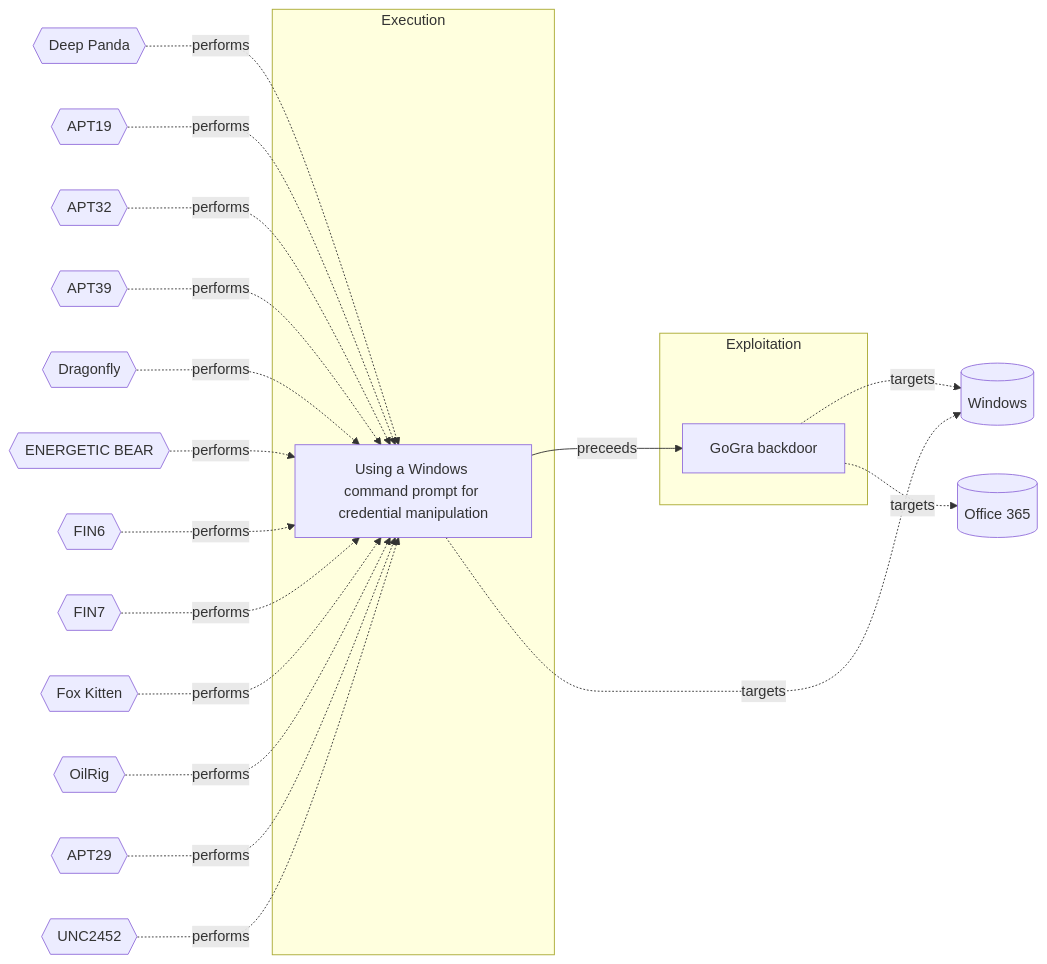
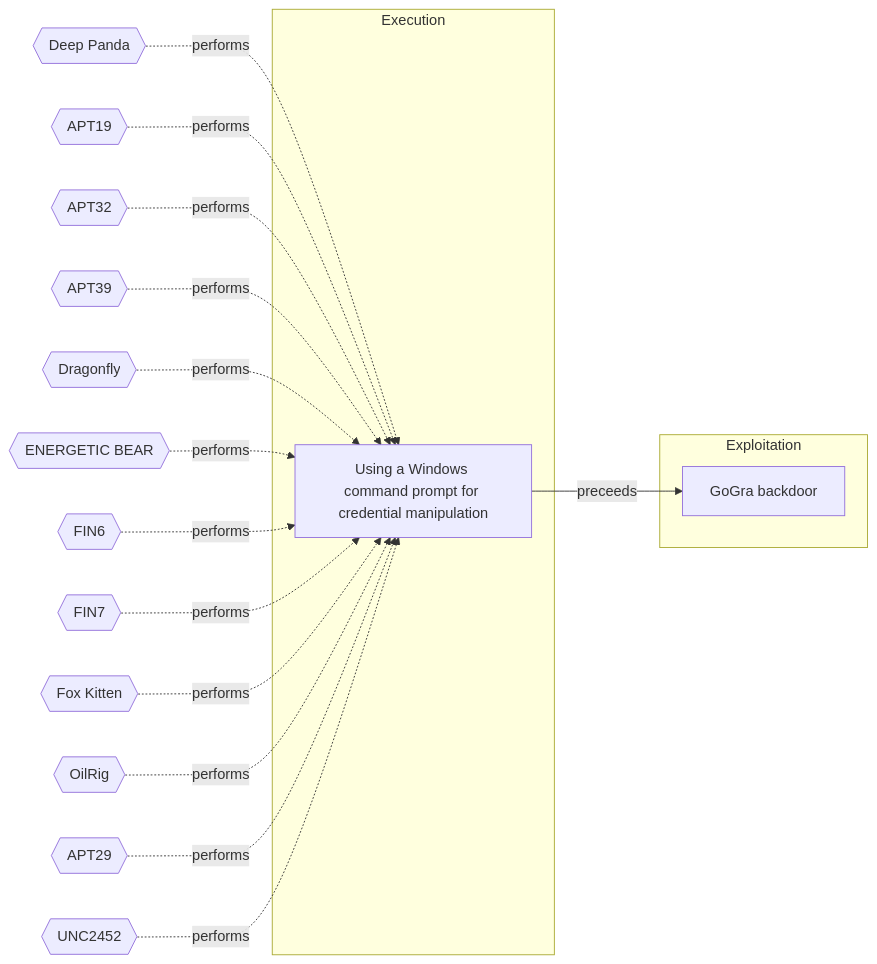
Before and after one commit to OpenTideHQ/WikiTide: the diagram in Models/Threat Vectors/☣️ GoGra backdoor.md, drawn with Mermaid. The commit also changed other lines of this file and 232 other files, not shown here.

````diff
--- a/Models/Threat Vectors/☣️ GoGra backdoor.md
+++ b/Models/Threat Vectors/☣️ GoGra backdoor.md
@@ -73,48 +73,43 @@
 ```mermaid
 
 flowchart LR
 
 f2c59a8e-3b1f-4a99-80f0-3675b8c1f184[GoGra backdoor]
 06523ed4-7881-4466-9ac5-f8417e972d13[Using a Windows command prompt for credential manipulation]
 
 subgraph Exploitation
 f2c59a8e-3b1f-4a99-80f0-3675b8c1f184
 end
 subgraph Execution
 06523ed4-7881-4466-9ac5-f8417e972d13
 end
 
-Office365[(Office 365)]
-Windows[(Windows)]
 DeepPanda{{Deep Panda}}
 APT19{{APT19}}
 APT32{{APT32}}
 APT39{{APT39}}
 Dragonfly{{Dragonfly}}
 ENERGETICBEAR{{ENERGETIC BEAR}}
 FIN6{{FIN6}}
 FIN7{{FIN7}}
 FoxKitten{{Fox Kitten}}
 OilRig{{OilRig}}
 APT29{{APT29}}
 UNC2452{{UNC2452}}
 
-f2c59a8e-3b1f-4a99-80f0-3675b8c1f184 -.->|targets| Office365
-f2c59a8e-3b1f-4a99-80f0-3675b8c1f184 -.->|targets| Windows
-06523ed4-7881-4466-9ac5-f8417e972d13 -.->|targets| Windows
 DeepPanda -.-> |performs| 06523ed4-7881-4466-9ac5-f8417e972d13
 APT19 -.-> |performs| 06523ed4-7881-4466-9ac5-f8417e972d13
 APT32 -.-> |performs| 06523ed4-7881-4466-9ac5-f8417e972d13
 APT39 -.-> |performs| 06523ed4-7881-4466-9ac5-f8417e972d13
 Dragonfly -.-> |performs| 06523ed4-7881-4466-9ac5-f8417e972d13
 ENERGETICBEAR -.-> |performs| 06523ed4-7881-4466-9ac5-f8417e972d13
 FIN6 -.-> |performs| 06523ed4-7881-4466-9ac5-f8417e972d13
 FIN7 -.-> |performs| 06523ed4-7881-4466-9ac5-f8417e972d13
 FoxKitten -.-> |performs| 06523ed4-7881-4466-9ac5-f8417e972d13
 OilRig -.-> |performs| 06523ed4-7881-4466-9ac5-f8417e972d13
 APT29 -.-> |performs| 06523ed4-7881-4466-9ac5-f8417e972d13
 UNC2452 -.-> |performs| 06523ed4-7881-4466-9ac5-f8417e972d13
 
 06523ed4-7881-4466-9ac5-f8417e972d13 -->|preceeds| f2c59a8e-3b1f-4a99-80f0-3675b8c1f184
 
 ```
````
